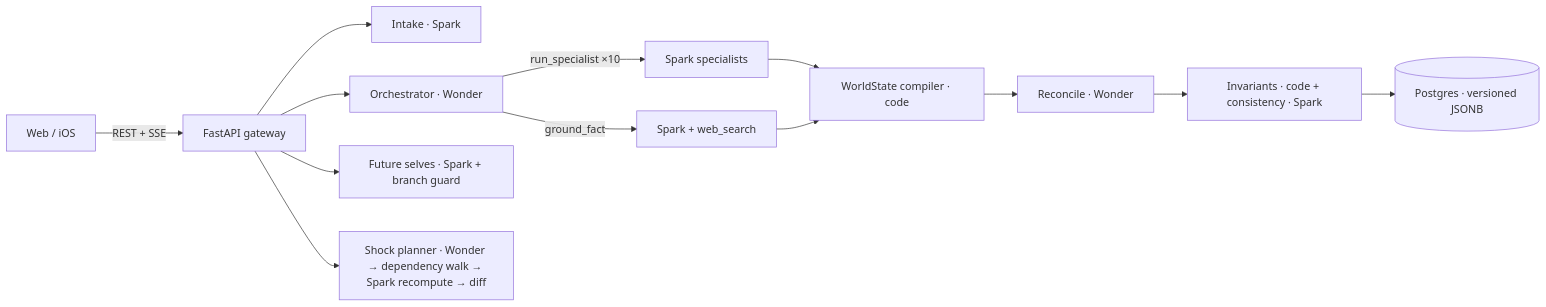
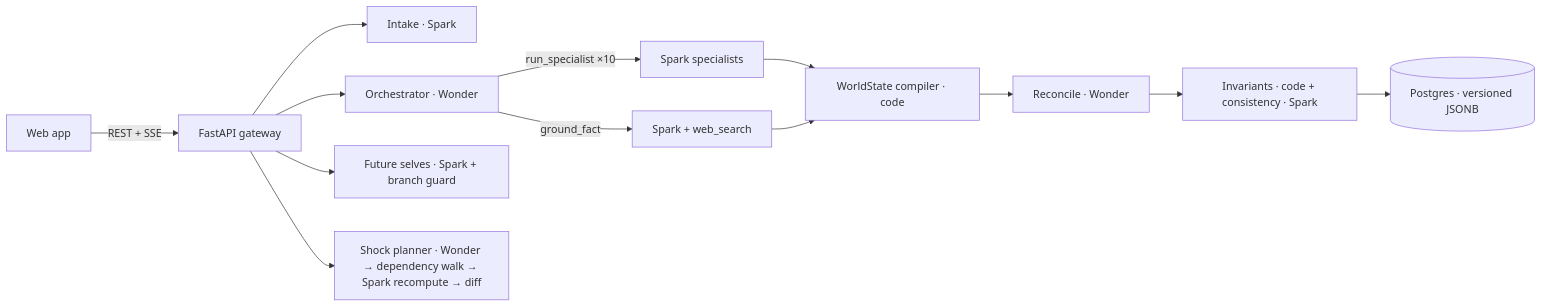
One commit to roszhan2684/Elsewhere changed the diagram in README.md. Above: the diagram before and after it, drawn with Mermaid. The commit also changed other lines of this file and 9 other files, not shown here.

````diff
--- a/README.md
+++ b/README.md
@@ -40,14 +72,14 @@
 ```mermaid
 flowchart LR
-  U[Web / iOS] -->|REST + SSE| G[FastAPI gateway]
+  U[Web app] -->|REST + SSE| G[FastAPI gateway]
   G --> I[Intake · Spark]
   G --> O[Orchestrator · Wonder]
   O -- run_specialist ×10 --> S[Spark specialists]
   O -- ground_fact --> W[Spark + web_search]
   S & W --> C[WorldState compiler · code]
   C --> R[Reconcile · Wonder]
   R --> V[Invariants · code + consistency · Spark]
   V --> DB[(Postgres · versioned JSONB)]
   G --> P[Future selves · Spark + branch guard]
   G --> K[Shock planner · Wonder → dependency walk → Spark recompute → diff]
 ```
````
